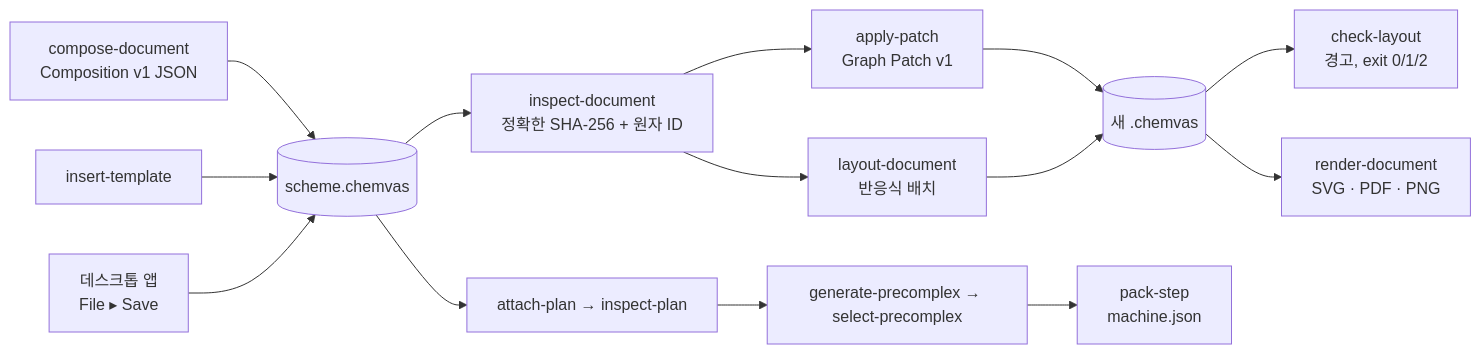
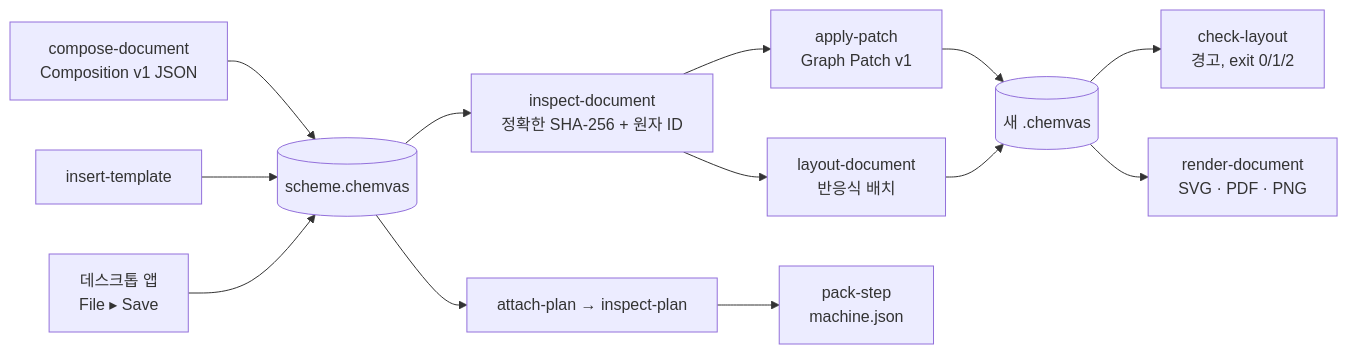
The diagram in docs/AGENT_CLI.ko.md (dhsohn/Chemvas), drawn with Mermaid before and after one commit. The commit also changed other lines of this file and 42 other files, not shown here.

````diff
--- a/docs/AGENT_CLI.ko.md
+++ b/docs/AGENT_CLI.ko.md
@@ -13,16 +13,15 @@
 ```mermaid
 flowchart LR
     compose["compose-document<br/>Composition v1 JSON"] --> doc[("scheme.chemvas")]
     template["insert-template"] --> doc
     desktop["데스크톱 앱<br/>File ▸ Save"] --> doc
     doc --> inspect["inspect-document<br/>정확한 SHA-256 + 원자 ID"]
     inspect --> patch["apply-patch<br/>Graph Patch v1"]
     inspect --> layout["layout-document<br/>반응식 배치"]
     patch --> revised[("새 .chemvas")]
     layout --> revised
     revised --> check["check-layout<br/>경고, exit 0/1/2"]
     revised --> render["render-document<br/>SVG · PDF · PNG"]
     doc --> plan["attach-plan → inspect-plan"]
-    plan --> precomplex["generate-precomplex → select-precomplex"]
-    precomplex --> pack["pack-step<br/>machine.json"]
+    plan --> pack["pack-step<br/>machine.json"]
 ```
````
